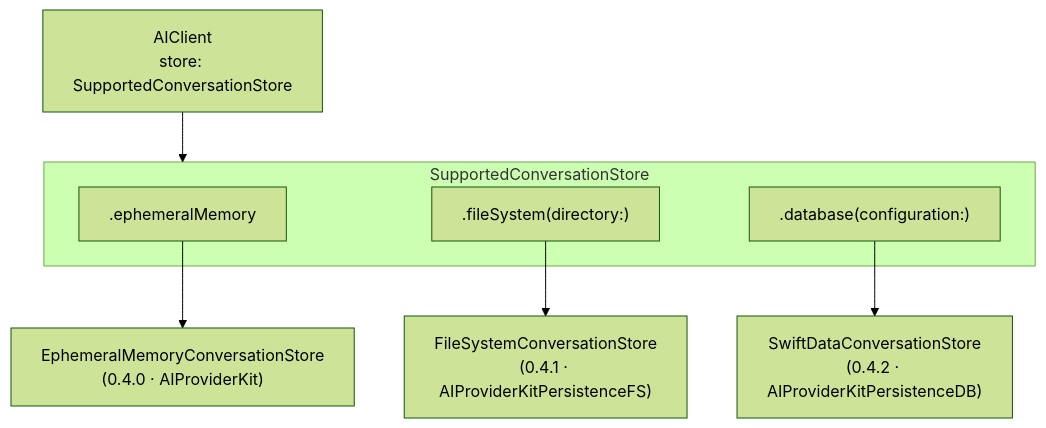
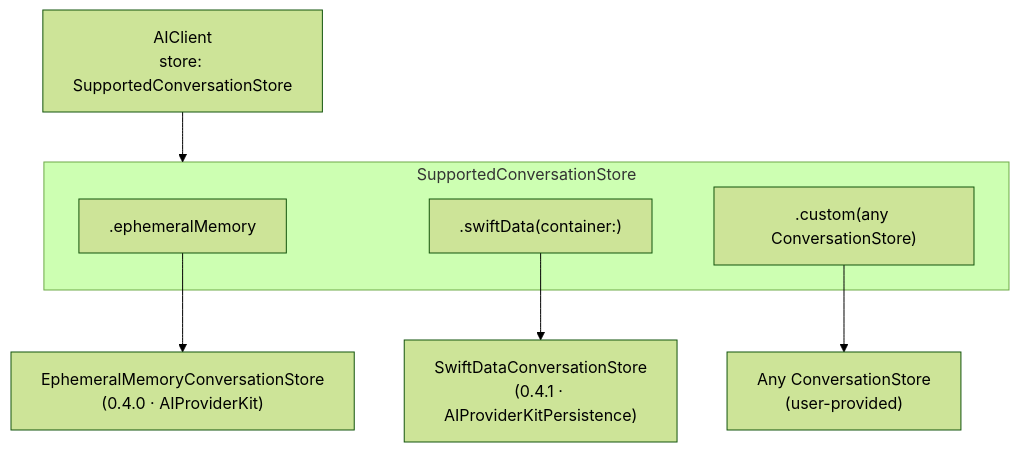
The diagram in Documentation/Issues/persistence-layer.md (molayab/swift-ai-provider-kit), drawn with Mermaid (forest theme) before and after one commit. The commit also changed other lines of this file and 13 other files, not shown here.

First line of the commit message:
feature: Add SwiftData persistence backend (0.4.1) (#20)

````diff
--- a/Documentation/Issues/persistence-layer.md
+++ b/Documentation/Issues/persistence-layer.md
@@ -34,16 +37,16 @@
 ```mermaid
 graph TD
     AIClient["AIClient\nstore: SupportedConversationStore"]
 
     subgraph SupportedConversationStore
         EM[".ephemeralMemory"]
-        FS[".fileSystem(directory:)"]
-        DB[".database(configuration:)"]
+        SD[".swiftData(container:)"]
+        CU[".custom(any ConversationStore)"]
     end
 
     AIClient --> SupportedConversationStore
 
     EM --> EMCS["EphemeralMemoryConversationStore\n(0.4.0 · AIProviderKit)"]
-    FS --> FSCS["FileSystemConversationStore\n(0.4.1 · AIProviderKitPersistenceFS)"]
-    DB --> SDCS["SwiftDataConversationStore\n(0.4.2 · AIProviderKitPersistenceDB)"]
+    SD --> SDCS["SwiftDataConversationStore\n(0.4.1 · AIProviderKitPersistence)"]
+    CU --> Custom["Any ConversationStore\n(user-provided)"]
 ```
````
